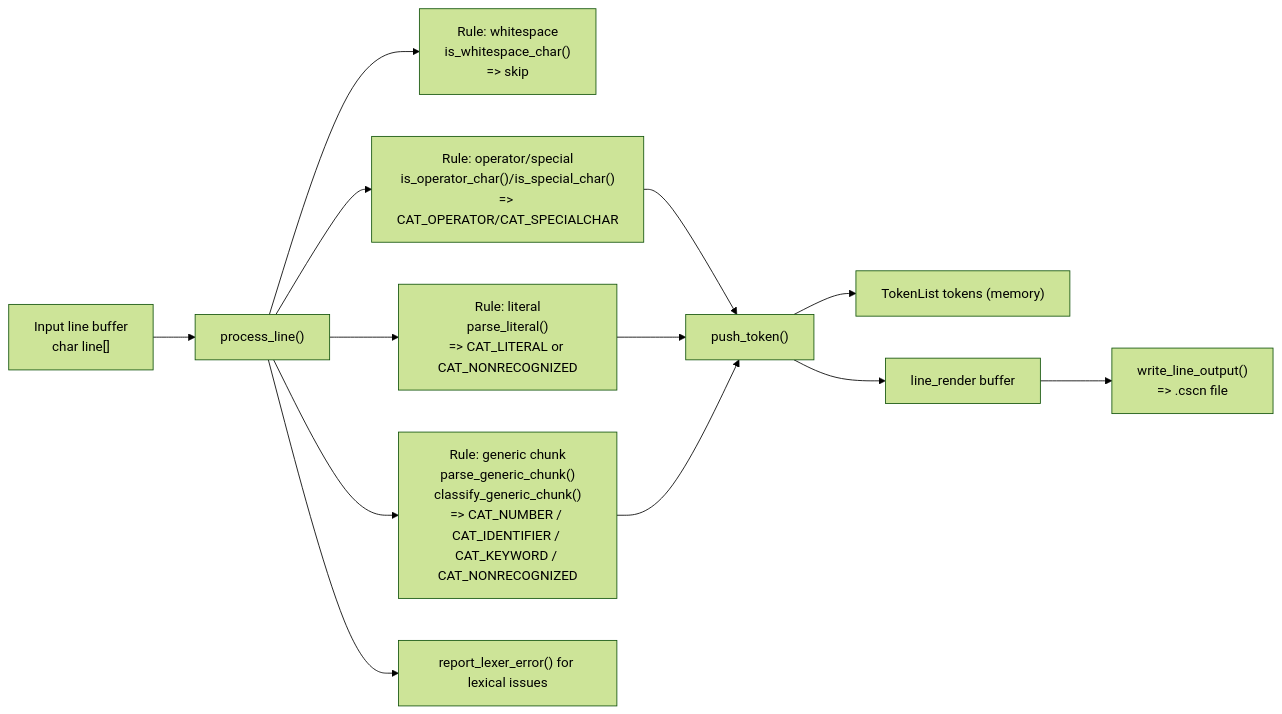
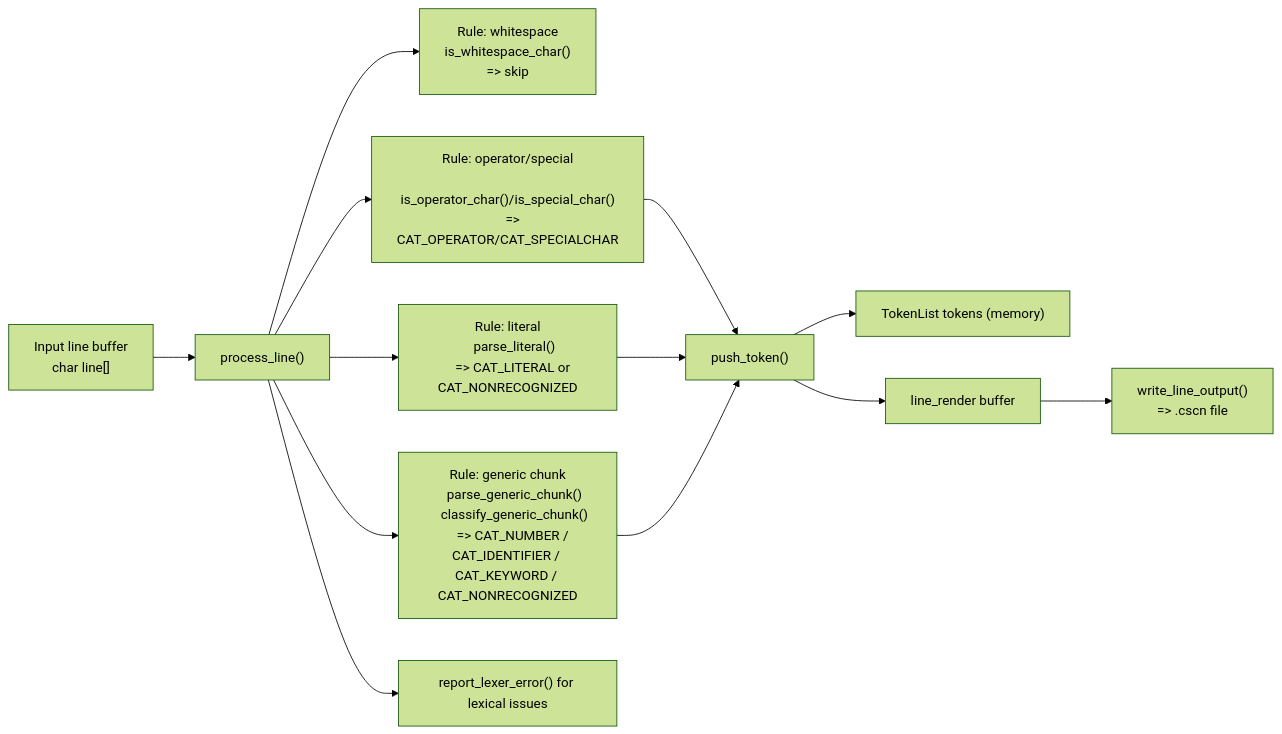
Before and after one commit to TtVicens41/compilers-group-GF: the fourth of 4 diagrams in p2lx/Module Diagrams.md, drawn with Mermaid (forest theme). The commit also changed other lines of this file, not shown here.

Commit message:
Format and update module diagrams removing \n

````diff
--- a/p2lx/Module Diagrams.md
+++ b/p2lx/Module Diagrams.md
@@ -83,19 +136,30 @@
 ```mermaid
 graph LR
-    A["Input line buffer\nchar line[]"] --> B["process_line()"]
+    A["Input line buffer
+    char line[]"] --> B["process_line()"]
 
-    B --> C1["Rule: whitespace\nis_whitespace_char()\n=> skip"]
-    B --> C2["Rule: operator/special\nis_operator_char()/is_special_char()\n=> CAT_OPERATOR/CAT_SPECIALCHAR"]
-    B --> C3["Rule: literal\nparse_literal()\n=> CAT_LITERAL or CAT_NONRECOGNIZED"]
-    B --> C4["Rule: generic chunk\nparse_generic_chunk()\nclassify_generic_chunk()\n=> CAT_NUMBER / CAT_IDENTIFIER / CAT_KEYWORD / CAT_NONRECOGNIZED"]
+    B --> C1["Rule: whitespace
+    is_whitespace_char()
+    => skip"]
+    B --> C2["Rule: operator/special
+    is_operator_char()/is_special_char()
+    => CAT_OPERATOR/CAT_SPECIALCHAR"]
+    B --> C3["Rule: literal
+    parse_literal()
+    => CAT_LITERAL or CAT_NONRECOGNIZED"]
+    B --> C4["Rule: generic chunk
+    parse_generic_chunk()
+    classify_generic_chunk()
+    => CAT_NUMBER / CAT_IDENTIFIER / CAT_KEYWORD / CAT_NONRECOGNIZED"]
 
     C2 --> D["push_token()"]
     C3 --> D
     C4 --> D
 
     D --> E1["TokenList tokens (memory)"]
     D --> E2["line_render buffer"]
-    E2 --> F["write_line_output()\n=> .cscn file"]
+    E2 --> F["write_line_output()
+    => .cscn file"]
 
     B --> ERR["report_lexer_error() for lexical issues"]
 ```
````
